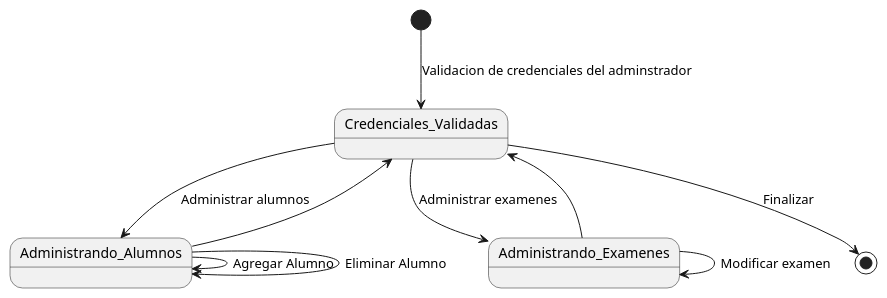
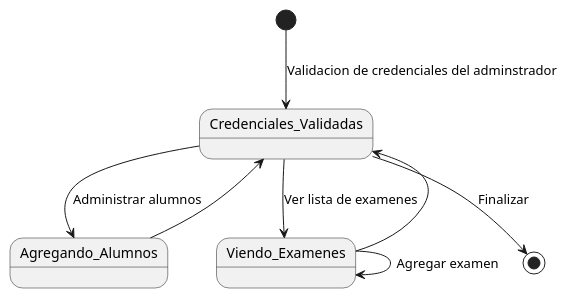
Before and after one commit to Carverz/IS-022023_Proyecto-Grupo-4: the diagram in docs/scenariosView/DiagramaEstadoAdmin.plantuml, drawn with PlantUML. The commit also changed 1 other file, not shown here.

Commit message:
Modificacion DiagramaEstadoAdmin

```diff
--- a/docs/scenariosView/DiagramaEstadoAdmin.plantuml
+++ b/docs/scenariosView/DiagramaEstadoAdmin.plantuml
@@ -1,13 +1,11 @@
 @startuml DiagramaEstadoAdmin
 
 [*] --> Credenciales_Validadas: Validacion de credenciales del adminstrador
-Credenciales_Validadas --> Administrando_Alumnos : Administrar alumnos
-Administrando_Alumnos --> Administrando_Alumnos: Agregar Alumno
-Administrando_Alumnos --> Administrando_Alumnos: Eliminar Alumno
-Administrando_Alumnos --> Credenciales_Validadas
-Credenciales_Validadas --> Administrando_Examenes : Administrar examenes
-Administrando_Examenes --> Administrando_Examenes: Modificar examen
-Administrando_Examenes --> Credenciales_Validadas
+Credenciales_Validadas --> Agregando_Alumnos : Administrar alumnos
+Agregando_Alumnos --> Credenciales_Validadas
+Credenciales_Validadas --> Viendo_Examenes : Ver lista de examenes
+Viendo_Examenes --> Viendo_Examenes: Agregar examen
+Viendo_Examenes --> Credenciales_Validadas
 Credenciales_Validadas --> [*]: Finalizar
 
 @enduml
```
